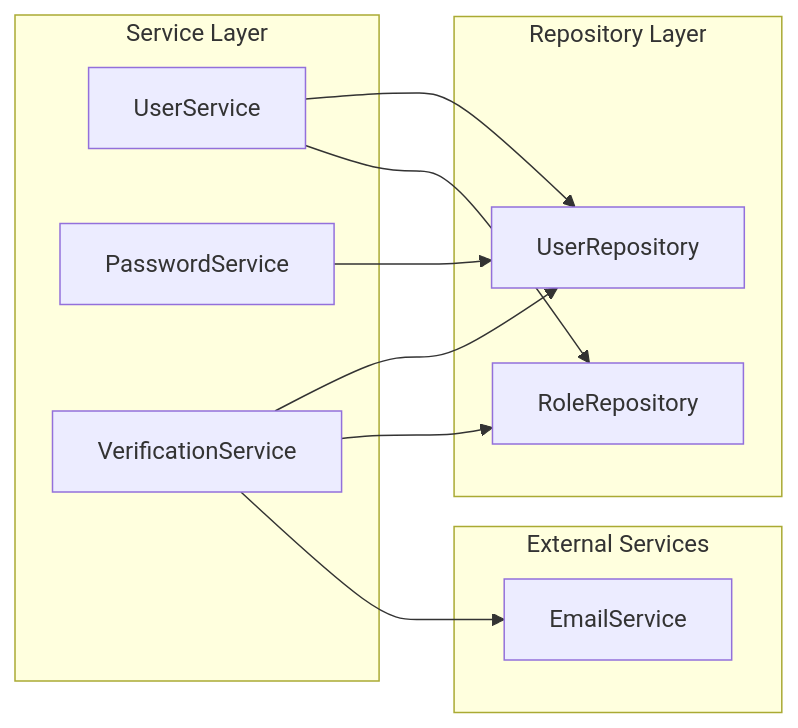
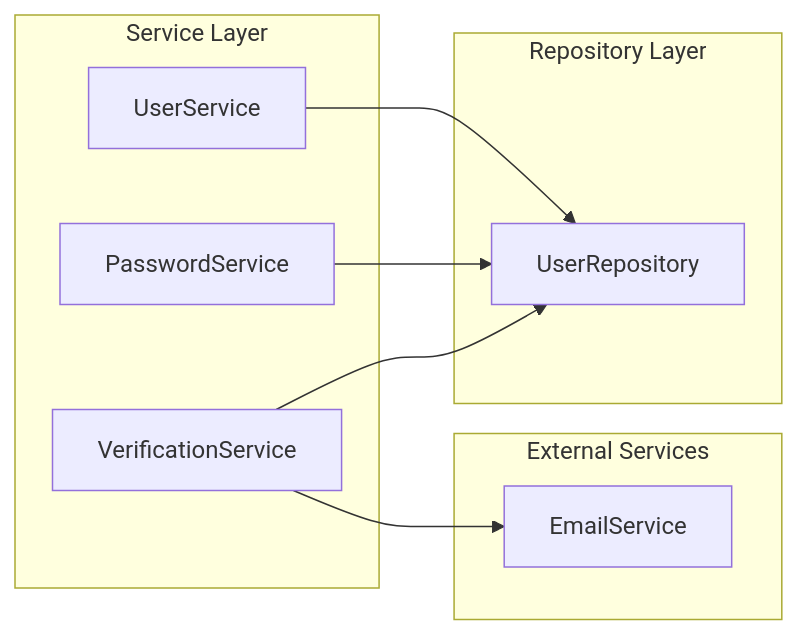
The second of 4 diagrams in service/user/README.md (yukin371/Qingyu_backend), drawn with Mermaid before and after one commit. The commit also changed other lines of this file and 5 other files, not shown here.

````diff
--- a/service/user/README.md
+++ b/service/user/README.md
@@ -143,24 +140,21 @@
 ```mermaid
 graph LR
     subgraph "Service Layer"
         UserService
         PasswordService
         VerificationService
     end
 
     subgraph "Repository Layer"
         UserRepository["UserRepository"]
-        RoleRepository["RoleRepository"]
     end
 
     subgraph "External Services"
         EmailService["EmailService"]
     end
 
     UserService --> UserRepository
-    UserService --> RoleRepository
     PasswordService --> UserRepository
     VerificationService --> UserRepository
-    VerificationService --> RoleRepository
     VerificationService --> EmailService
 ```
````
